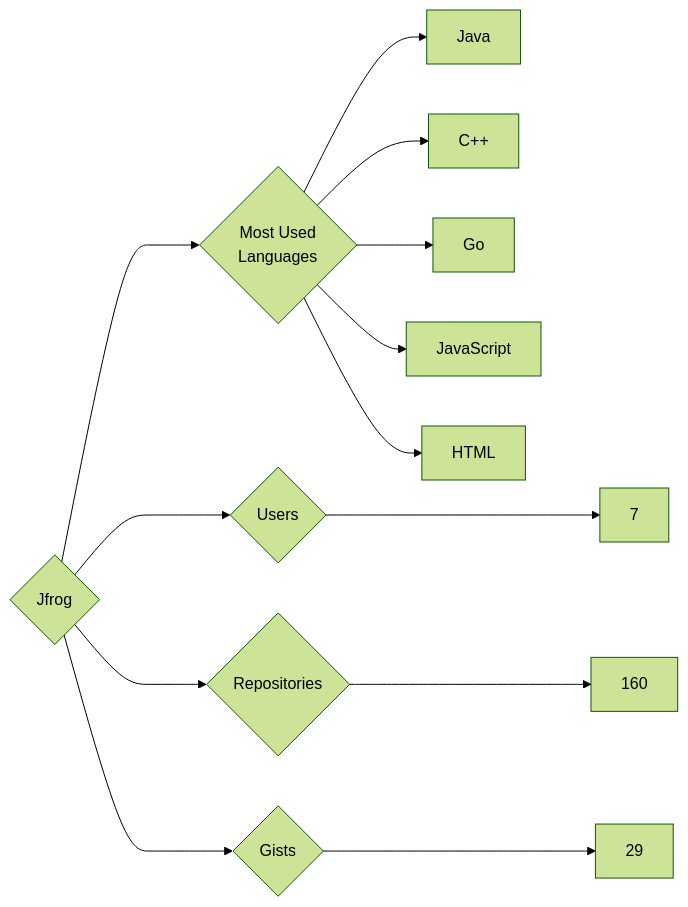
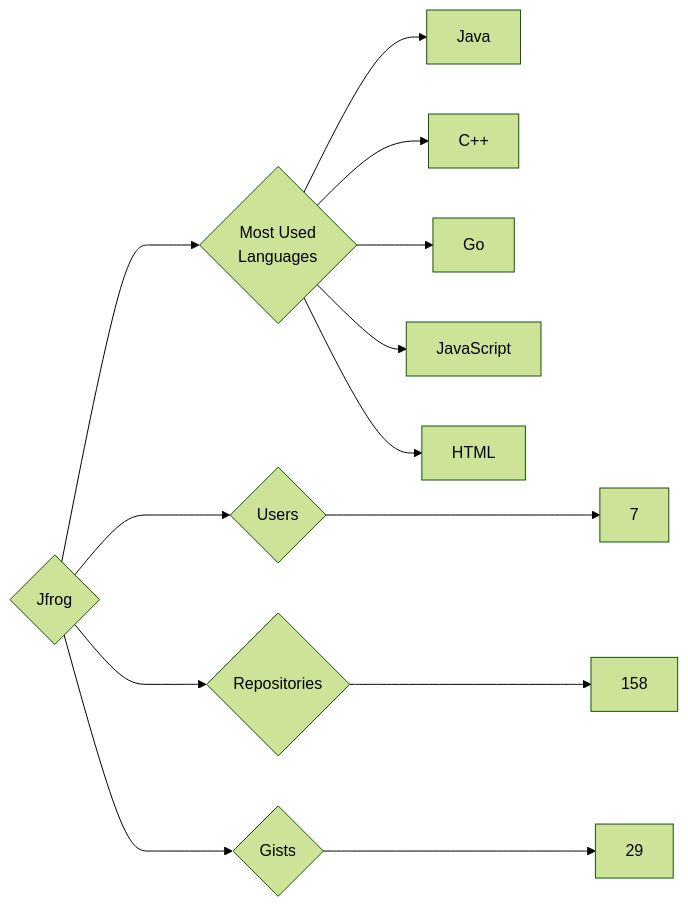
One commit to trickest/insiders changed the diagram in targets/Jfrog/README.md. Above: the diagram before and after it, drawn with Mermaid (forest theme). The commit also changed 611 other files, not shown here.

````diff
--- a/targets/Jfrog/README.md
+++ b/targets/Jfrog/README.md
@@ -3,13 +3,13 @@
 ```mermaid
 graph LR
 COMPANY_NAME{Jfrog}
 COMPANY_NAME ---> U{Users} ---> UN[7]
-COMPANY_NAME ---> R{Repositories} ---> RN[160]
+COMPANY_NAME ---> R{Repositories} ---> RN[158]
 COMPANY_NAME ---> G{Gists} ---> GN[29]
 COMPANY_NAME ---> ML{Most Used<br>Languages}
 ML --> Java[Java]
 ML --> C++[C++]
 ML --> Go[Go]
 ML --> JavaScript[JavaScript]
 ML --> HTML[HTML]
 ```
````
